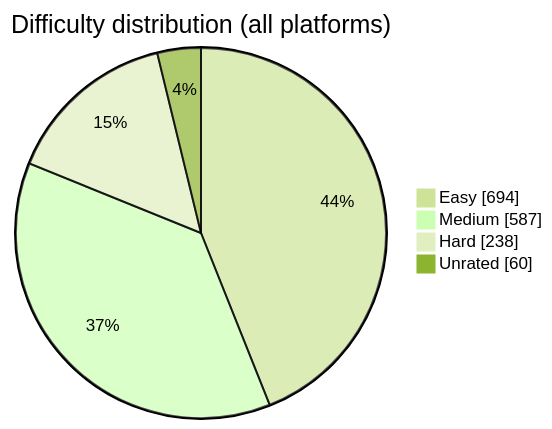
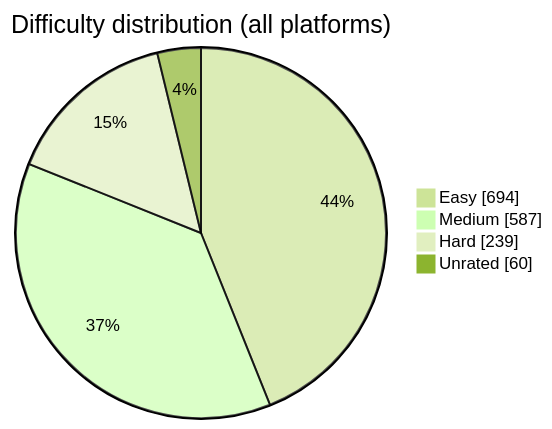
The diagram in README.md (BuildbyArindam/Daily-Coding-Log), drawn with Mermaid (forest theme) before and after one commit. The commit also changed other lines of this file, not shown here.

````diff
--- a/README.md
+++ b/README.md
@@ -93,7 +93,7 @@
 ```mermaid
 pie showData title Difficulty distribution (all platforms)
     "Easy" : 694
     "Medium" : 587
-    "Hard" : 238
+    "Hard" : 239
     "Unrated" : 60
 ```
````
